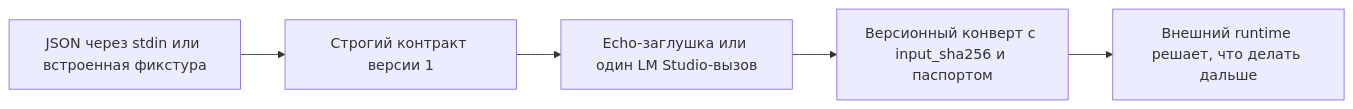
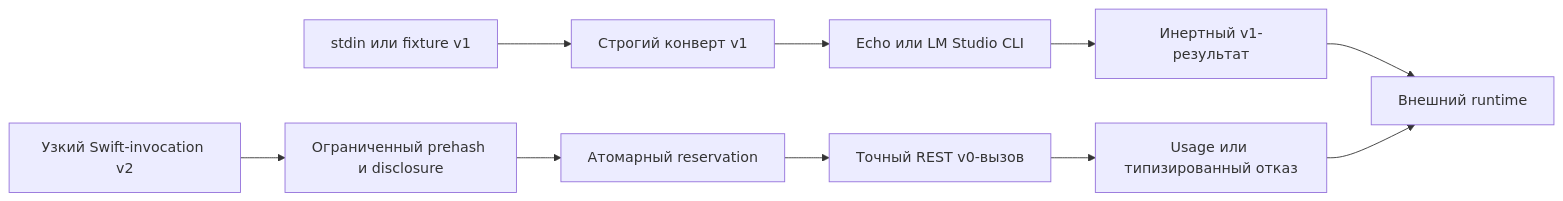
One commit to fum-lab/fum changed the diagram in Прототипы/чистый-модельный-шаг/README.md. Above: the diagram before and after it, drawn with Mermaid. The commit also changed other lines of this file and 30 other files, not shown here.

````diff
--- a/Прототипы/чистый-модельный-шаг/README.md
+++ b/Прототипы/чистый-модельный-шаг/README.md
@@ -9,7 +9,12 @@
 ```mermaid
 flowchart LR
-    input["JSON через stdin или встроенная фикстура"] --> validator["Строгий контракт версии 1"]
-    validator --> provider["Echo-заглушка или один LM Studio-вызов"]
-    provider --> output["Версионный конверт с input_sha256 и паспортом"]
-    output --> caller["Внешний runtime решает, что делать дальше"]
+    v1input["stdin или fixture v1"] --> v1validator["Строгий конверт v1"]
+    v1validator --> v1provider["Echo или LM Studio CLI"]
+    v1provider --> v1output["Инертный v1-результат"]
+    v2input["Узкий Swift-invocation v2"] --> prehash["Ограниченный prehash и disclosure"]
+    prehash --> ledger["Атомарный reservation"]
+    ledger --> rest["Точный REST v0-вызов"]
+    rest --> v2output["Usage или типизированный отказ"]
+    v1output --> caller["Внешний runtime"]
+    v2output --> caller
 ```
````
